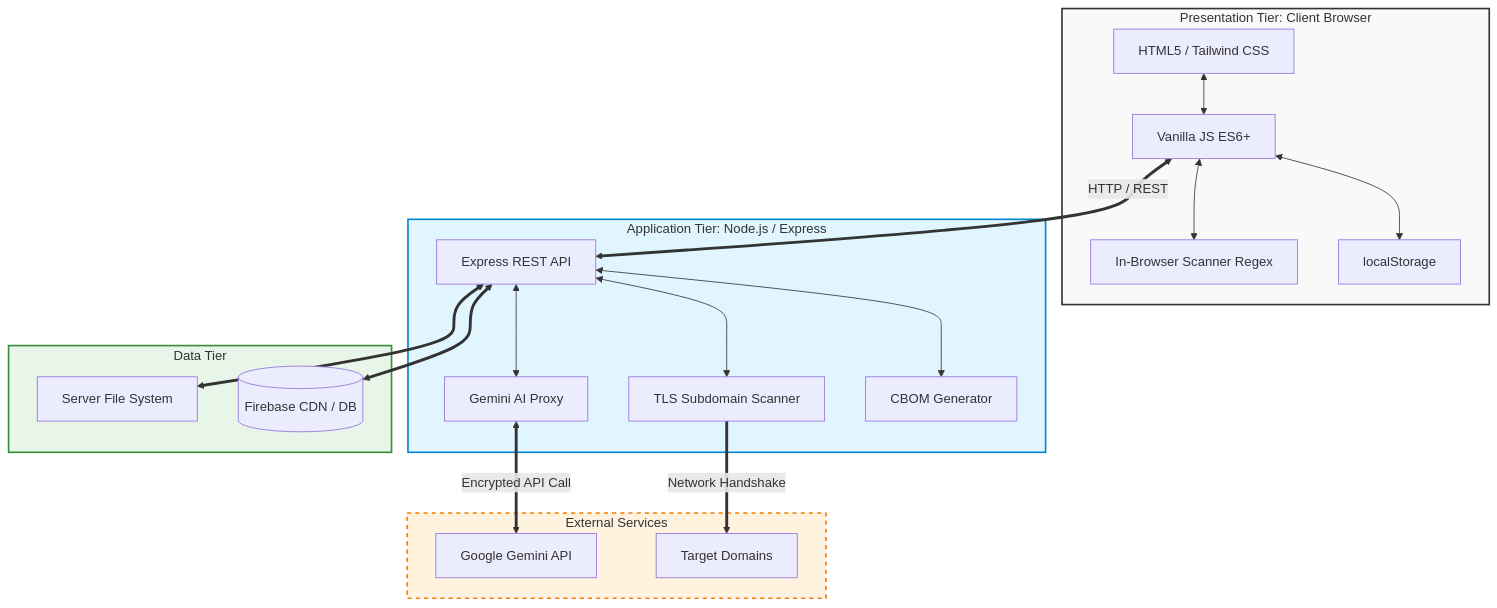
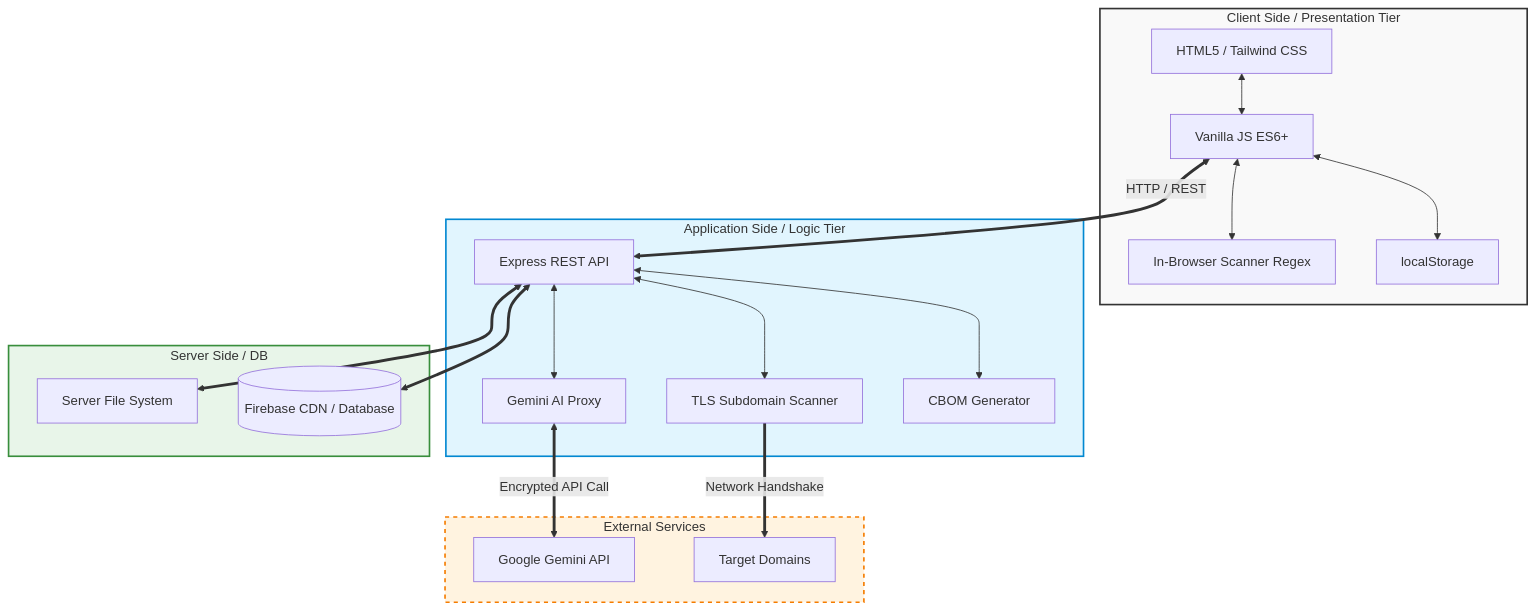
Before and after one commit to riosn3047L/Quantum_gua: the diagram in docs/01_System_Architecture.md, drawn with Mermaid. The commit also changed 1 other file, not shown here.

````diff
--- a/docs/01_System_Architecture.md
+++ b/docs/01_System_Architecture.md
@@ -6,51 +6,51 @@
 ```mermaid
 flowchart TD
     %% Define Styles
     classDef client fill:#f9f9f9,stroke:#333,stroke-width:2px;
     classDef server fill:#e1f5fe,stroke:#0288d1,stroke-width:2px;
     classDef data fill:#e8f5e9,stroke:#388e3c,stroke-width:2px;
     classDef external fill:#fff3e0,stroke:#f57c00,stroke-width:2px,stroke-dasharray: 5 5;
 
-    subgraph Tier1 [Presentation Tier: Client Browser]
+    subgraph Tier1 [Client Side / Presentation Tier]
         UI[HTML5 / Tailwind CSS]
         Logic[Vanilla JS ES6+]
         ScannerClient[In-Browser Scanner Regex]
         State[localStorage]
         UI <--> Logic
         Logic <--> ScannerClient
         Logic <--> State
     end
 
-    subgraph Tier2 [Application Tier: Node.js / Express]
+    subgraph Tier2 [Application Side / Logic Tier]
         API[Express REST API]
         TLS[TLS Subdomain Scanner]
         AIProxy[Gemini AI Proxy]
         CBOM[CBOM Generator]
         API <--> TLS
         API <--> AIProxy
         API <--> CBOM
     end
 
-    subgraph Tier3 [Data Tier]
+    subgraph Tier3 [Server Side / DB]
         FileSystem[Server File System]
-        Firebase[(Firebase CDN / DB)]
+        Firebase[(Firebase CDN / Database)]
     end
 
     subgraph External [External Services]
         Gemini[Google Gemini API]
         Target[Target Domains]
     end
 
     %% Connections
     Logic <==>|HTTP / REST| API
     AIProxy <==>|Encrypted API Call| Gemini
     TLS ==>|Network Handshake| Target
     API <==> FileSystem
     API <==> Firebase
 
     %% Apply Styles
     class Tier1 client;
     class Tier2 server;
     class Tier3 data;
     class External external;
 ```
````
